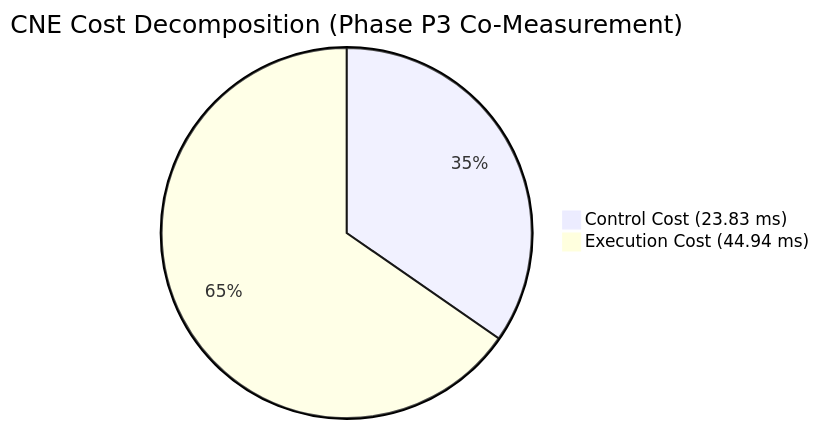
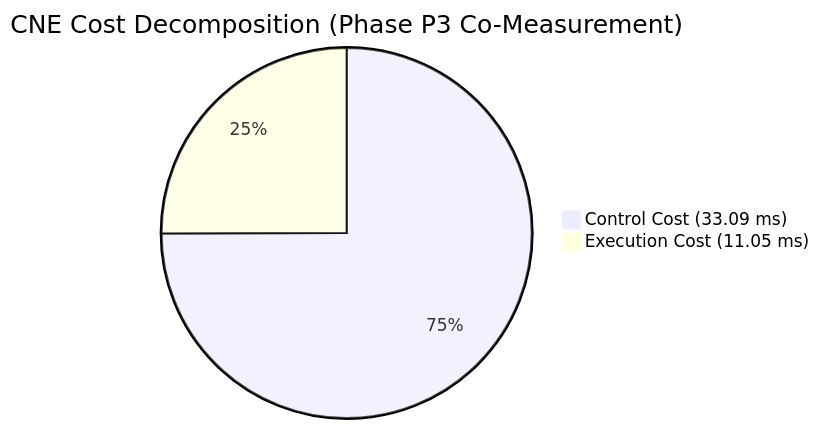
The first of 2 diagrams in docs/BENCHMARK_REPORT.md (PrivateAccount-01/CNE), drawn with Mermaid before and after one commit. The commit also changed other lines of this file and 6 other files, not shown here.

````diff
--- a/docs/BENCHMARK_REPORT.md
+++ b/docs/BENCHMARK_REPORT.md
@@ -33,5 +33,5 @@
 ```mermaid
 pie title CNE Cost Decomposition (Phase P3 Co-Measurement)
-    "Control Cost (23.83 ms)" : 23.83
-    "Execution Cost (44.94 ms)" : 44.94
+    "Control Cost (33.09 ms)" : 33.09
+    "Execution Cost (11.05 ms)" : 11.05
 ```
````
